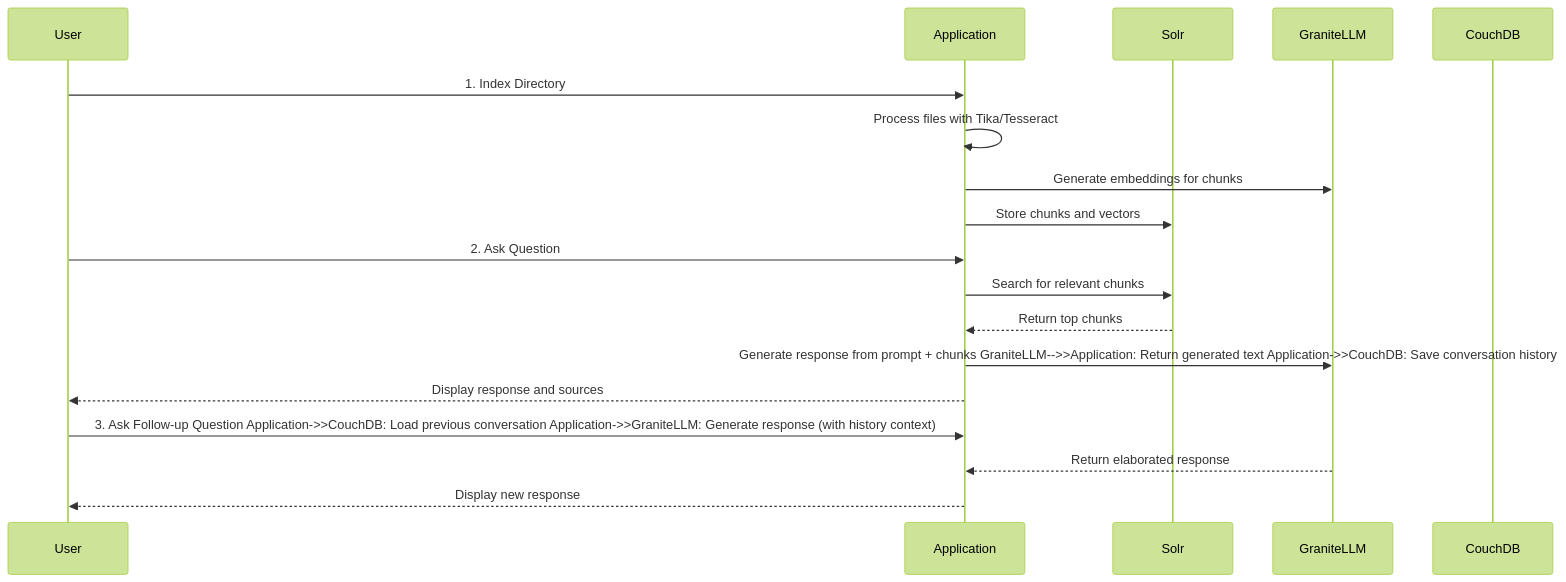
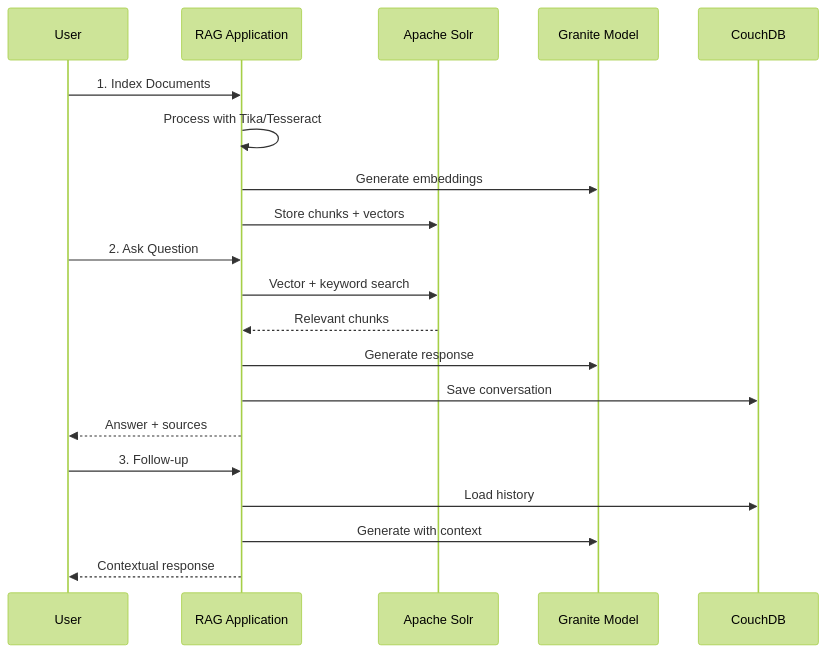
One commit to mrhunsaker/Granite_NotebookLM changed the second of 2 diagrams in README.md. Above: the diagram before and after it, drawn with Mermaid (forest theme). The commit also changed other lines of this file, not shown here.

````diff
--- a/README.md
+++ b/README.md
@@ -269,23 +377,25 @@
 ```mermaid
 sequenceDiagram
     participant User
-    participant Application
-    participant Solr
-    participant GraniteLLM
+    participant App as RAG Application
+    participant Solr as Apache Solr
+    participant LLM as Granite Model
     participant CouchDB
 
-    User->>Application: 1. Index Directory
-    Application->>Application: Process files with Tika/Tesseract
-    Application->>GraniteLLM: Generate embeddings for chunks
-    Application->>Solr: Store chunks and vectors
-
-    User->>Application: 2. Ask Question
-    Application->>Solr: Search for relevant chunks
-    Solr-->>Application: Return top chunks
-    Application->>GraniteLLM: Generate response from prompt + chunks    GraniteLLM-->>Application: Return generated text    Application->>CouchDB: Save conversation history
-    Application-->>User: Display response and sources
-
-    User->>Application: 3. Ask Follow-up Question    Application->>CouchDB: Load previous conversation    Application->>GraniteLLM: Generate response (with history context)
-    GraniteLLM-->>Application: Return elaborated response
-    Application-->>User: Display new response
+    User->>App: 1. Index Documents
+    App->>App: Process with Tika/Tesseract
+    App->>LLM: Generate embeddings
+    App->>Solr: Store chunks + vectors
+    
+    User->>App: 2. Ask Question
+    App->>Solr: Vector + keyword search
+    Solr-->>App: Relevant chunks
+    App->>LLM: Generate response
+    App->>CouchDB: Save conversation
+    App-->>User: Answer + sources
+    
+    User->>App: 3. Follow-up
+    App->>CouchDB: Load history
+    App->>LLM: Generate with context
+    App-->>User: Contextual response
 ```
````
